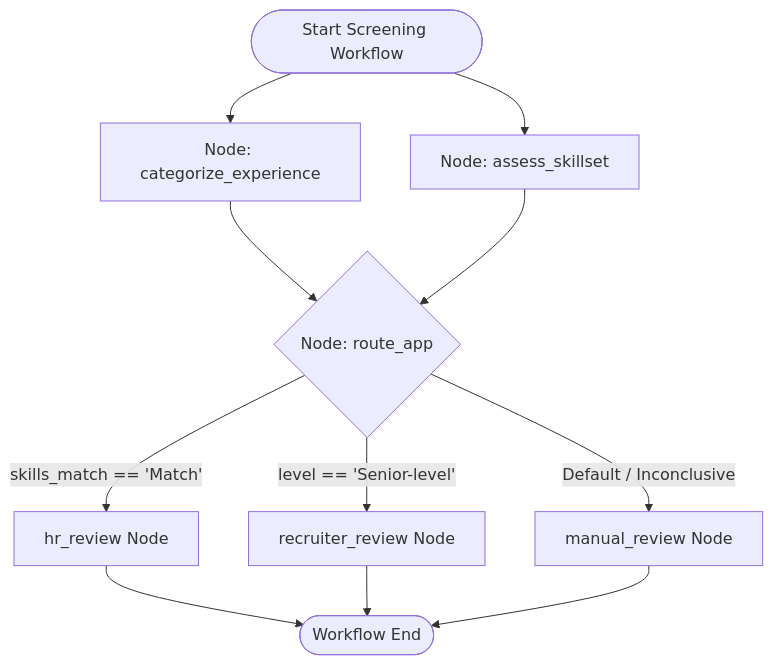
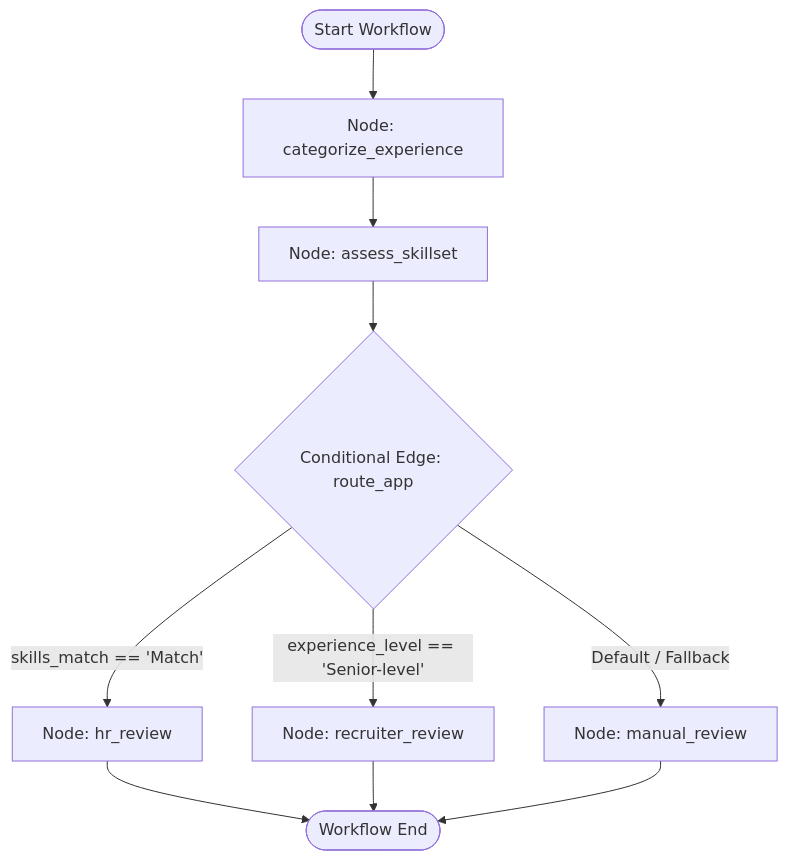
Before and after one commit to osamaaslam86004/TalentRoute: the diagram in docs/architecture/langgraph-pipeline.md, drawn with Mermaid. The commit also changed other lines of this file and 18 other files, not shown here.

````diff
--- a/docs/architecture/langgraph-pipeline.md
+++ b/docs/architecture/langgraph-pipeline.md
@@ -9,16 +9,14 @@
 ```mermaid
 graph TD
-    START([Start Screening Workflow]) --> categorizer[Node: categorize_experience]
-    START --> skill_assessor[Node: assess_skillset]
-    
-    categorizer --> router{Node: route_app}
-    skill_assessor --> router
+    START([Start Workflow]) --> categorizer[Node: categorize_experience]
+    categorizer --> skill_assessor[Node: assess_skillset]
+    skill_assessor --> router{Conditional Edge: route_app}
 
-    router -->|skills_match == 'Match'| hr[hr_review Node]
-    router -->|level == 'Senior-level'| recruiter[recruiter_review Node]
-    router -->|Default / Inconclusive| manual[manual_review Node]
+    router -->|skills_match == 'Match'| hr[Node: hr_review]
+    router -->|experience_level == 'Senior-level'| recruiter[Node: recruiter_review]
+    router -->|Default / Fallback| manual[Node: manual_review]
 
     hr --> END([Workflow End])
     recruiter --> END
     manual --> END
 ```
````
